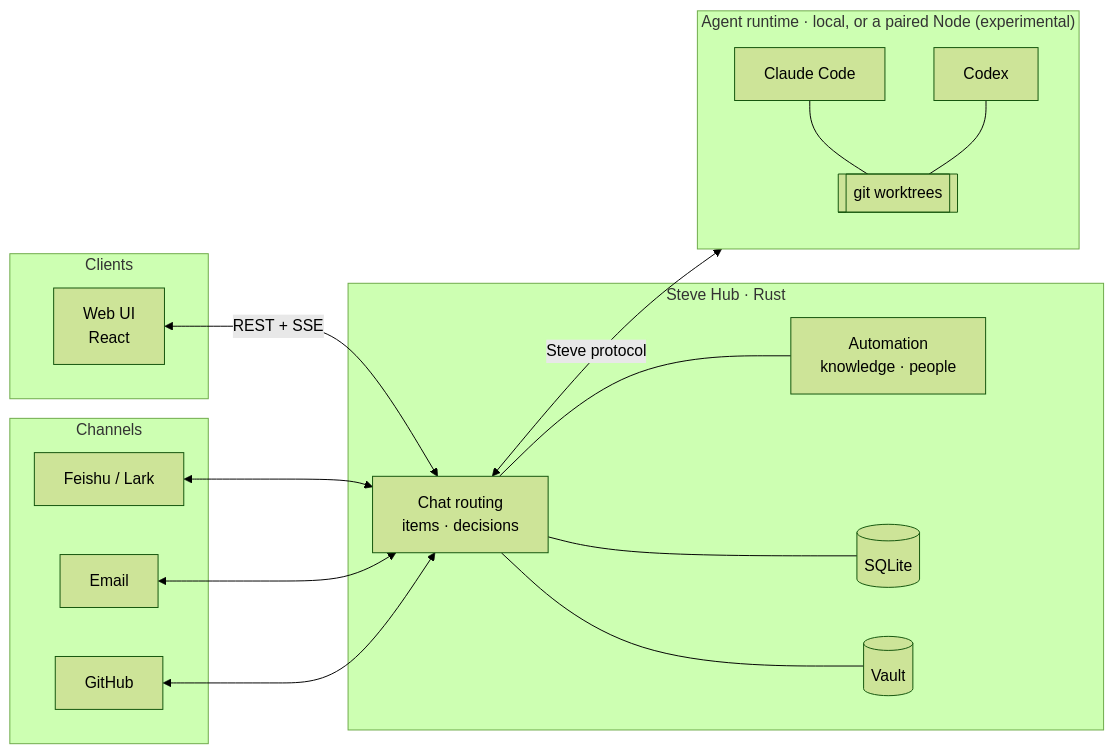
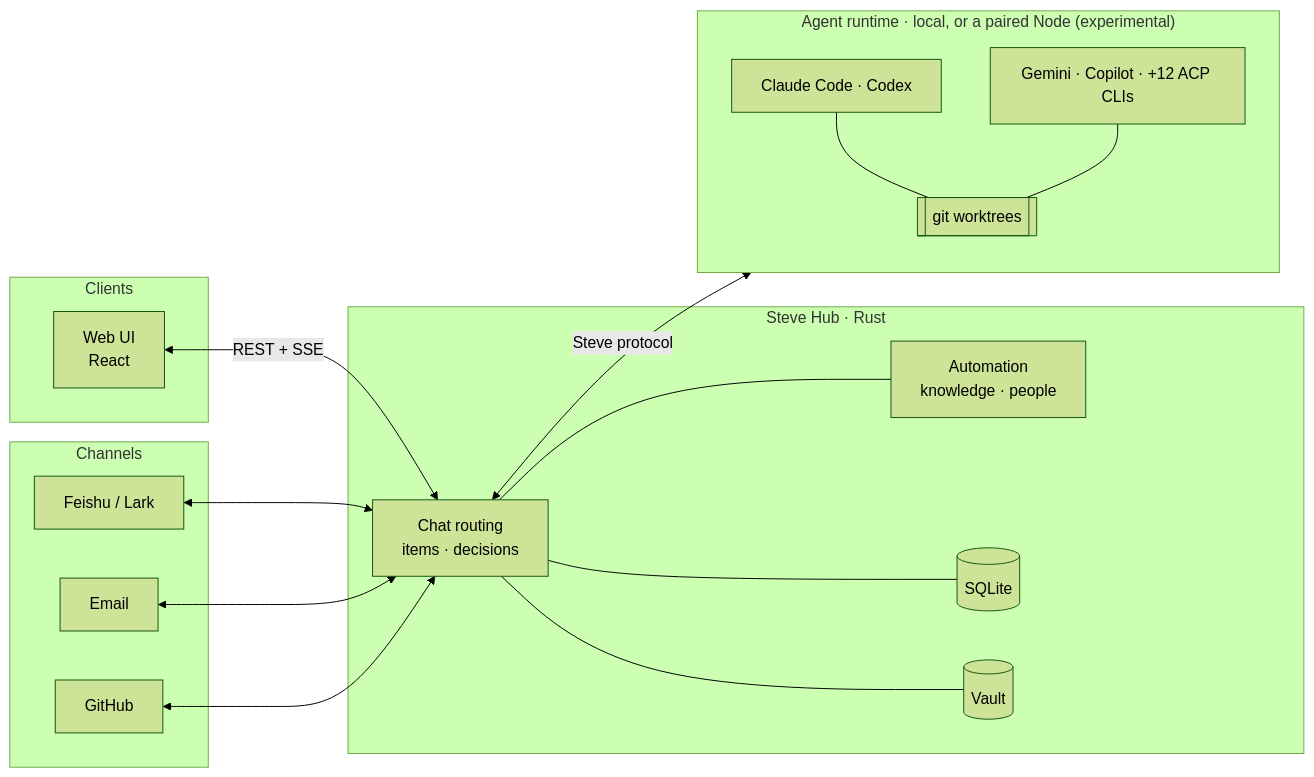
One commit to Infranite/steve changed the diagram in README.md. Above: the diagram before and after it, drawn with Mermaid (forest theme). The commit also changed other lines of this file and 4 other files, not shown here.

````diff
--- a/README.md
+++ b/README.md
@@ -242,29 +242,29 @@
 ```mermaid
 flowchart LR
     subgraph Clients
         W[Web UI<br/>React]
     end
     subgraph Channels
         F[Feishu / Lark]
         M[Email]
         G[GitHub]
     end
     subgraph Hub["Steve Hub · Rust"]
         C[Chat routing<br/>items · decisions]
         A[Automation<br/>knowledge · people]
         S[(SQLite)]
         V[(Vault)]
     end
     subgraph Node["Agent runtime · local, or a paired Node (experimental)"]
-        CC[Claude Code]
-        CX[Codex]
+        CC[Claude Code · Codex]
+        CX[Gemini · Copilot · +12 ACP CLIs]
         WT[[git worktrees]]
     end
     W <-->|REST + SSE| C
     F & M & G <--> C
     C --- A
     C --- S
     C --- V
     C <-->|Steve protocol| Node
     CC & CX --- WT
 ```
````
